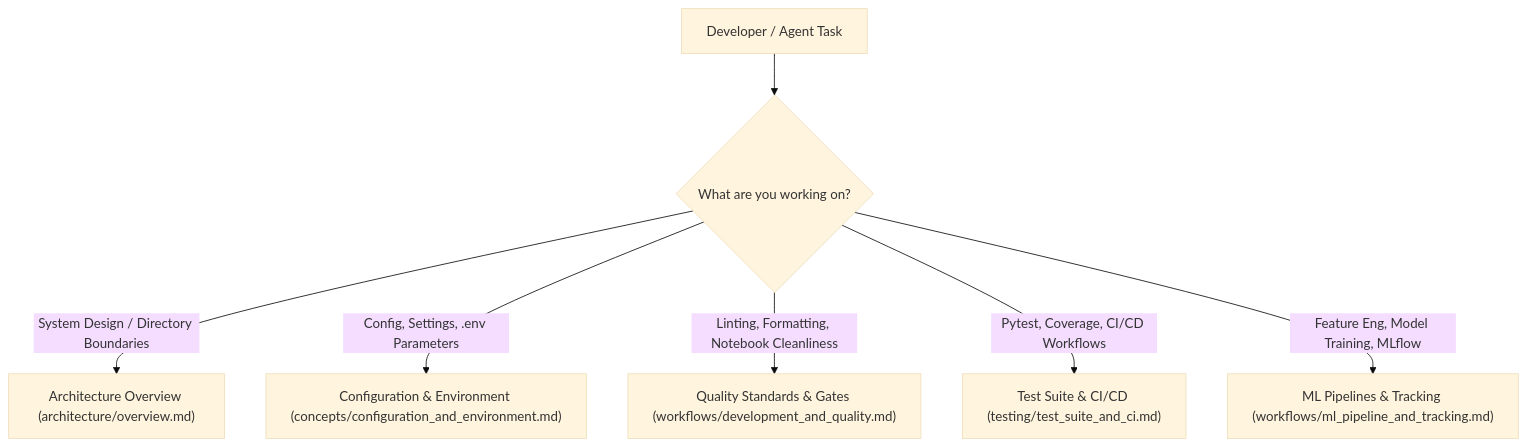
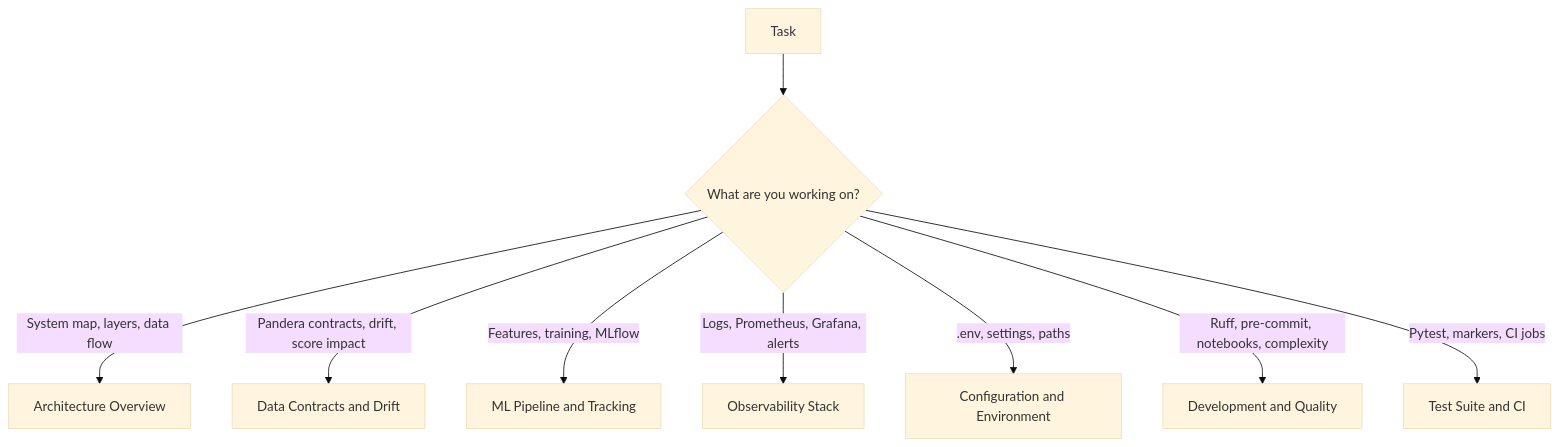
One commit to PosTech9MLET/tech-challenge-fase-4 changed the first of 2 diagrams in openwiki/quickstart.md. Above: the diagram before and after it, drawn with Mermaid (base theme). The commit also changed other lines of this file and 15 other files, not shown here.

````diff
--- a/openwiki/quickstart.md
+++ b/openwiki/quickstart.md
@@ -41,10 +51,11 @@
 ```mermaid
 flowchart TD
-    Start["Developer / Agent Task"] --> Choice{"What are you working on?"}
-
-    Choice -->|"System Design / Directory Boundaries"| Arch["Architecture Overview (architecture/overview.md)"]
-    Choice -->|"Config, Settings, .env Parameters"| Config["Configuration & Environment (concepts/configuration_and_environment.md)"]
-    Choice -->|"Linting, Formatting, Notebook Cleanliness"| Quality["Quality Standards & Gates (workflows/development_and_quality.md)"]
-    Choice -->|"Pytest, Coverage, CI/CD Workflows"| Testing["Test Suite & CI/CD (testing/test_suite_and_ci.md)"]
-    Choice -->|"Feature Eng, Model Training, MLflow"| ML["ML Pipelines & Tracking (workflows/ml_pipeline_and_tracking.md)"]
+    Start["Task"] --> Choice{"What are you working on?"}
+    Choice -->|"System map, layers, data flow"| Arch["Architecture Overview"]
+    Choice -->|"Pandera contracts, drift, score impact"| DC["Data Contracts and Drift"]
+    Choice -->|"Features, training, MLflow"| ML["ML Pipeline and Tracking"]
+    Choice -->|"Logs, Prometheus, Grafana, alerts"| Obs["Observability Stack"]
+    Choice -->|".env, settings, paths"| Cfg["Configuration and Environment"]
+    Choice -->|"Ruff, pre-commit, notebooks, complexity"| Dev["Development and Quality"]
+    Choice -->|"Pytest, markers, CI jobs"| Test["Test Suite and CI"]
 ```
````
